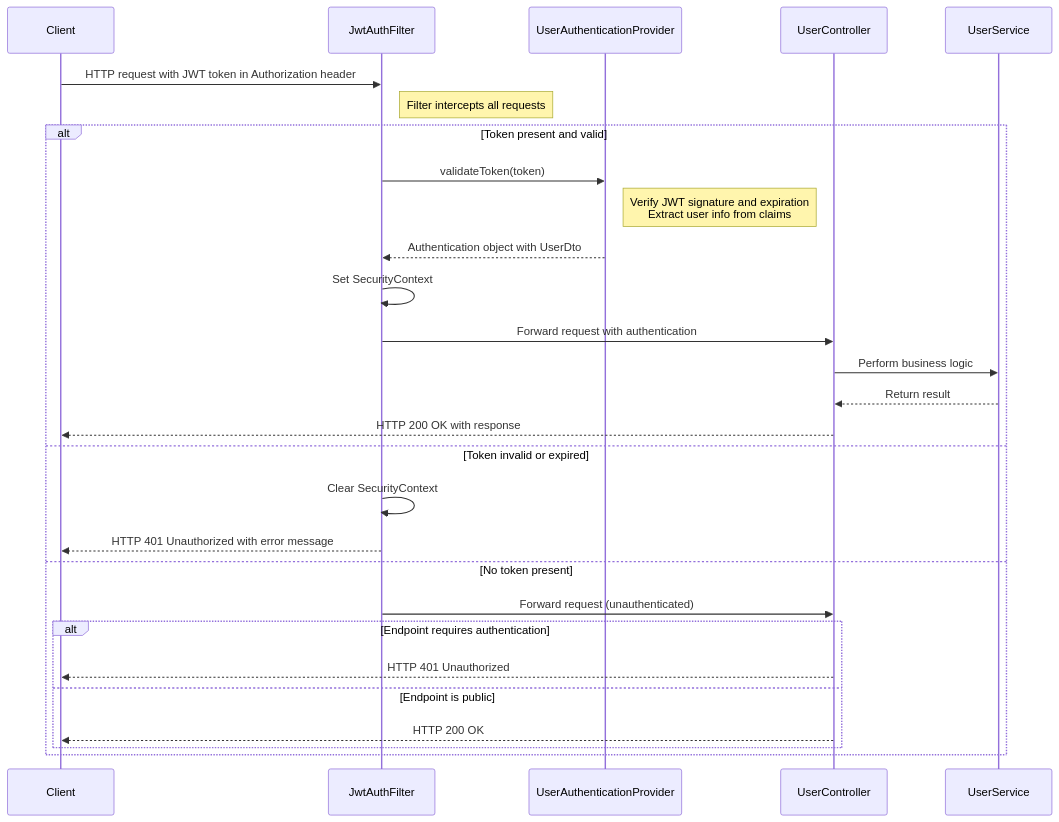
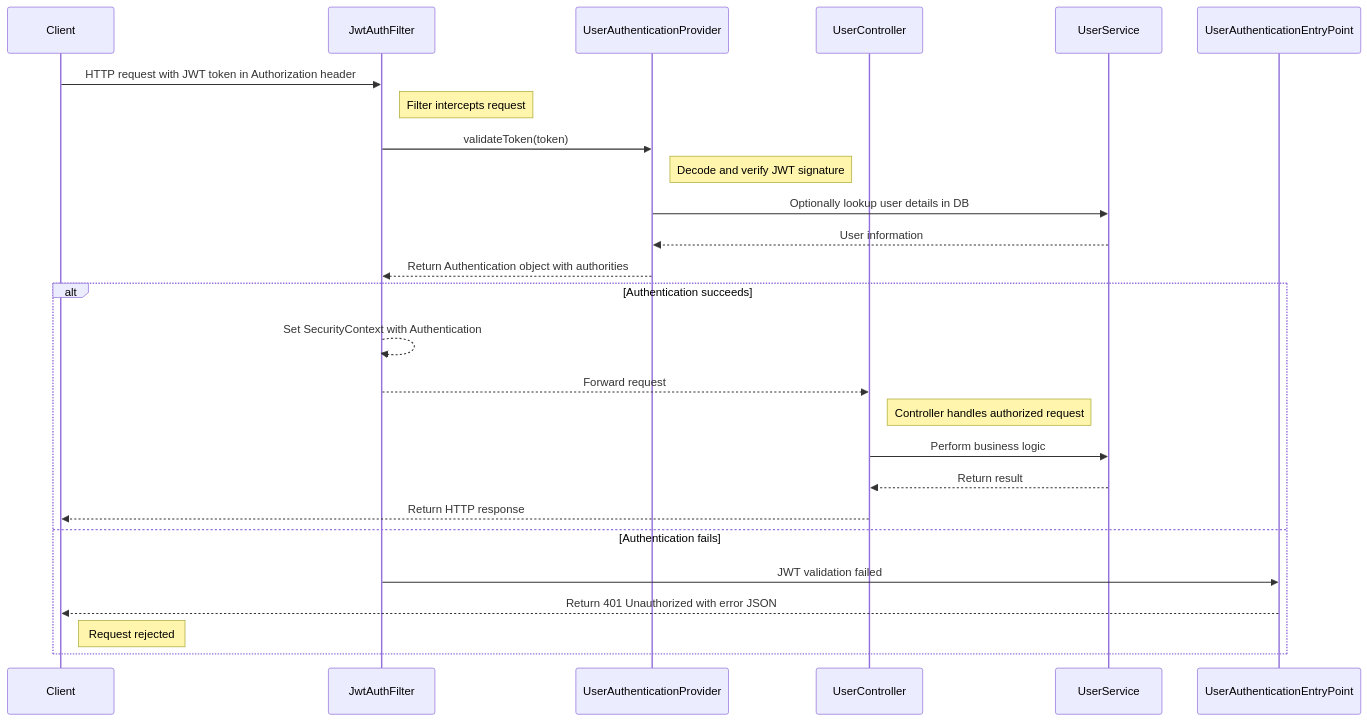
One commit to OrifInformatique/template_frontback changed the sixth of 6 diagrams in doc/process-documentation.md. Above: the diagram before and after it, drawn with Mermaid. The commit also changed other lines of this file and 15 other files, not shown here.

````diff
--- a/doc/process-documentation.md
+++ b/doc/process-documentation.md
@@ -305,32 +331,28 @@
 ```mermaid
 sequenceDiagram
     participant Client
     participant JwtAuthFilter
     participant UserAuthenticationProvider
     participant UserController
     participant UserService
 
     Client->>JwtAuthFilter: HTTP request with JWT token in Authorization header
-    note right of JwtAuthFilter: Filter intercepts all requests
-    
-    alt Token present and valid
-        JwtAuthFilter->>UserAuthenticationProvider: validateToken(token)
-        note right of UserAuthenticationProvider: Verify JWT signature and expiration<br/>Extract user info from claims
-        UserAuthenticationProvider-->>JwtAuthFilter: Authentication object with UserDto
-        JwtAuthFilter->>JwtAuthFilter: Set SecurityContext
-        JwtAuthFilter->>UserController: Forward request with authentication
+    note right of JwtAuthFilter: Filter intercepts request
+    JwtAuthFilter->>UserAuthenticationProvider: validateToken(token)
+    note right of UserAuthenticationProvider: Decode and verify JWT signature
+    UserAuthenticationProvider->>UserService: Optionally lookup user details in DB
+    UserService-->>UserAuthenticationProvider: User information
+    UserAuthenticationProvider-->>JwtAuthFilter: Return Authentication object with authorities
+    alt Authentication succeeds
+        JwtAuthFilter-->>JwtAuthFilter: Set SecurityContext with Authentication
+        JwtAuthFilter-->>UserController: Forward request
+        note right of UserController: Controller handles authorized request
         UserController->>UserService: Perform business logic
         UserService-->>UserController: Return result
-        UserController-->>Client: HTTP 200 OK with response
-    else Token invalid or expired
-        JwtAuthFilter->>JwtAuthFilter: Clear SecurityContext
-        JwtAuthFilter-->>Client: HTTP 401 Unauthorized with error message
-    else No token present
-        JwtAuthFilter->>UserController: Forward request (unauthenticated)
-        alt Endpoint requires authentication
-            UserController-->>Client: HTTP 401 Unauthorized
-        else Endpoint is public
-            UserController-->>Client: HTTP 200 OK
-        end
+        UserController-->>Client: Return HTTP response
+    else Authentication fails
+        JwtAuthFilter->>UserAuthenticationEntryPoint: JWT validation failed
+        UserAuthenticationEntryPoint-->>Client: Return 401 Unauthorized with error JSON 
+        note right of Client: Request rejected
     end
 ```
````
